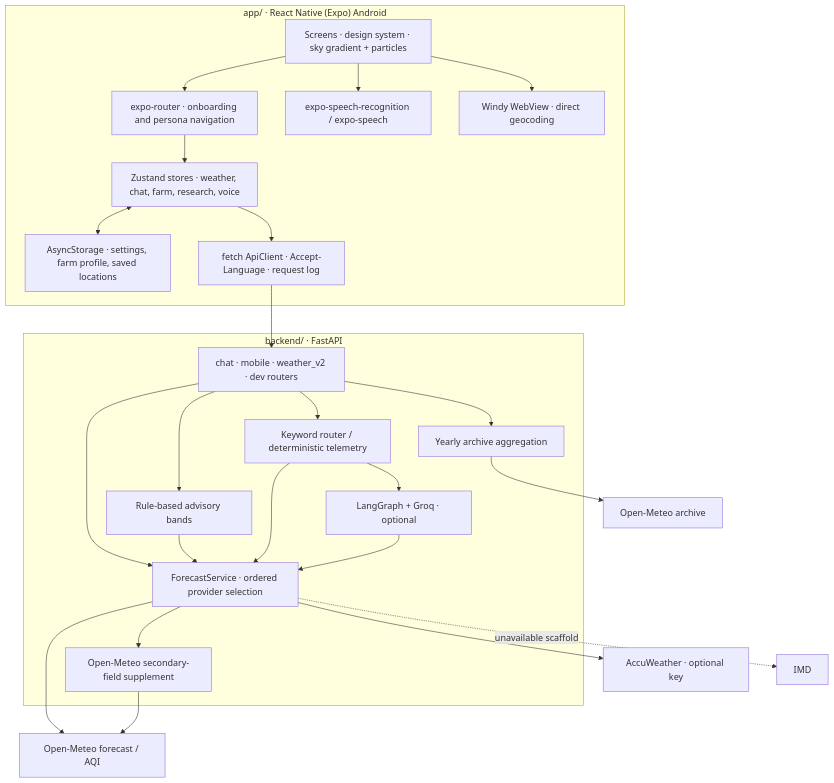
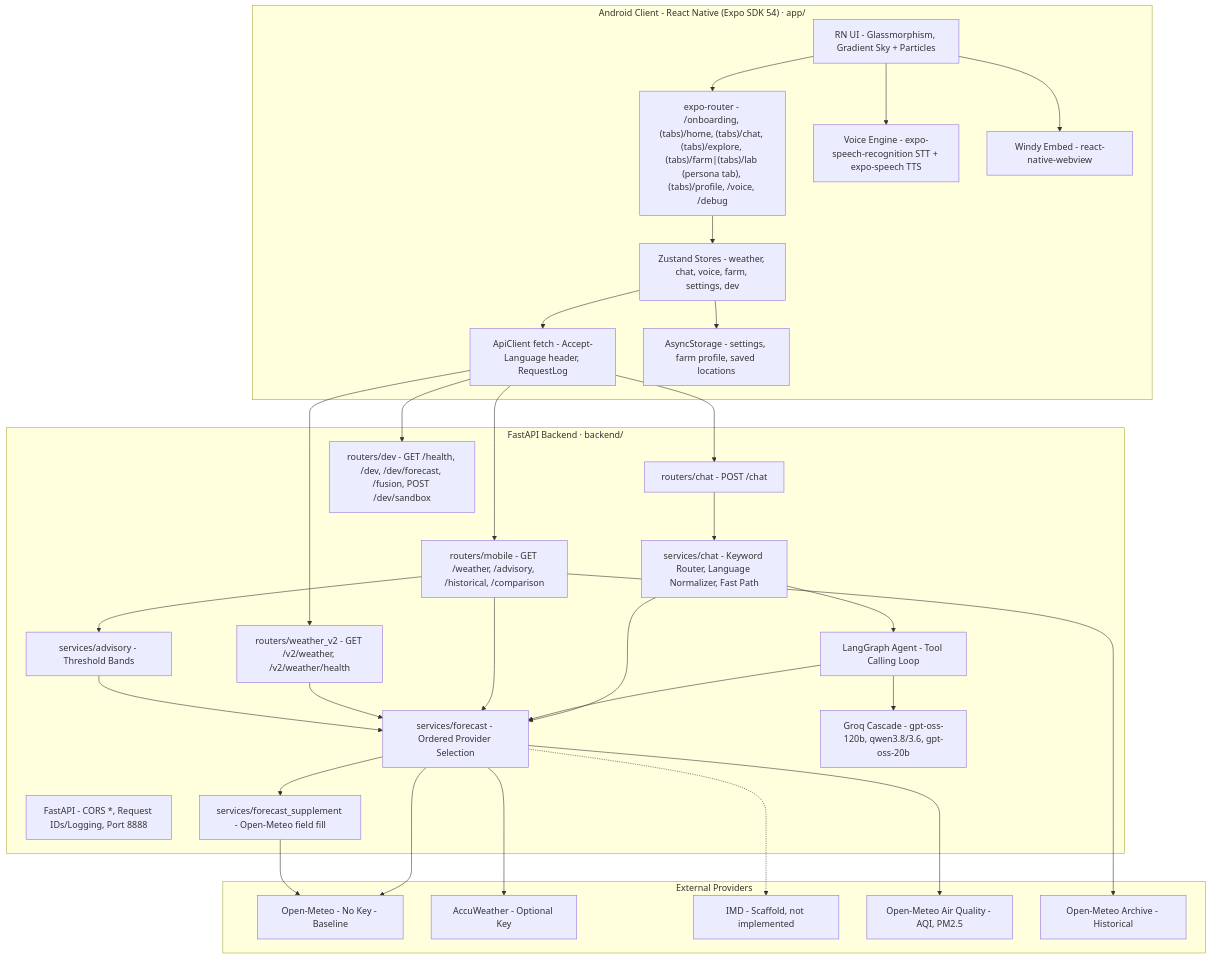
Before and after one commit to omsenjalia/weathergpt-android: the first of 7 diagrams in ARCHITECTURE.md, drawn with Mermaid. The commit also changed other lines of this file and 3 other files, not shown here.

````diff
--- a/ARCHITECTURE.md
+++ b/ARCHITECTURE.md
@@ -30,38 +66,64 @@
 ```mermaid
-flowchart TB
-  subgraph Android["app/ · React Native (Expo) Android"]
-    UI["Screens · design system · sky gradient + particles"]
-    Router["expo-router · onboarding and persona navigation"]
-    State["Zustand stores · weather, chat, farm, research, voice"]
-    Store["AsyncStorage · settings, farm profile, saved locations"]
-    HTTP["fetch ApiClient · Accept-Language · request log"]
-    Voice["expo-speech-recognition / expo-speech"]
-    External["Windy WebView · direct geocoding"]
-    UI --> Router --> State --> HTTP
-    State <--> Store
-    UI --> Voice
-    UI --> External
-  end
-  subgraph Backend["backend/ · FastAPI"]
-    Routes["chat · mobile · weather_v2 · dev routers"]
-    Select["ForecastService · ordered provider selection"]
-    Advisory["Rule-based advisory bands"]
-    Chat["Keyword router / deterministic telemetry"]
-    Agent["LangGraph + Groq · optional"]
-    Supplement["Open-Meteo secondary-field supplement"]
-    Archive["Yearly archive aggregation"]
-    Routes --> Select
-    Routes --> Advisory --> Select
-    Routes --> Chat --> Agent
-    Chat --> Select
-    Agent --> Select
-    Routes --> Archive
-    Select --> Supplement
-  end
-  HTTP --> Routes
-  Select --> OM["Open-Meteo forecast / AQI"]
-  Select --> AW["AccuWeather · optional key"]
-  Select -. "unavailable scaffold" .-> IMD["IMD"]
-  Supplement --> OM
-  Archive --> OMA["Open-Meteo archive"]
+graph TB
+    subgraph "Android Client - React Native (Expo SDK 54) · app/"
+        UI["RN UI - Glassmorphism, Gradient Sky + Particles"]
+        NAV["expo-router - /onboarding, (tabs)/home, (tabs)/chat, (tabs)/explore, (tabs)/farm|(tabs)/lab (persona tab), (tabs)/profile, /voice, /debug"]
+        STATE["Zustand Stores - weather, chat, voice, farm, settings, dev"]
+        CLIENT["ApiClient fetch - Accept-Language header, RequestLog"]
+        CACHE["AsyncStorage - settings, farm profile, saved locations"]
+        VOICE["Voice Engine - expo-speech-recognition STT + expo-speech TTS"]
+        WEBVIEW["Windy Embed - react-native-webview"]
+    end
+
+    subgraph "FastAPI Backend · backend/"
+        API["FastAPI - CORS *, Request IDs/Logging, Port 8888"]
+        RCHAT["routers/chat - POST /chat"]
+        RMOB["routers/mobile - GET /weather, /advisory, /historical, /comparison"]
+        RV2["routers/weather_v2 - GET /v2/weather, /v2/weather/health"]
+        RDEV["routers/dev - GET /health, /dev, /dev/forecast, /fusion, POST /dev/sandbox"]
+        CHATSVC["services/chat - Keyword Router, Language Normalizer, Fast Path"]
+        SELECT["services/forecast - Ordered Provider Selection"]
+        SUPP["services/forecast_supplement - Open-Meteo field fill"]
+        ADV["services/advisory - Threshold Bands"]
+        AGT["LangGraph Agent - Tool Calling Loop"]
+        LLM["Groq Cascade - gpt-oss-120b, qwen3.8/3.6, gpt-oss-20b"]
+    end
+
+    subgraph "External Providers"
+        OM["Open-Meteo - No Key - Baseline"]
+        AW["AccuWeather - Optional Key"]
+        IMD["IMD - Scaffold, not implemented"]
+        AQI["Open-Meteo Air Quality - AQI, PM2.5"]
+        OMA["Open-Meteo Archive - Historical"]
+    end
+
+    UI --> NAV
+    NAV --> STATE
+    STATE --> CLIENT
+    STATE --> CACHE
+    UI --> VOICE
+    UI --> WEBVIEW
+
+    CLIENT --> RMOB
+    CLIENT --> RV2
+    CLIENT --> RCHAT
+    CLIENT --> RDEV
+
+    RCHAT --> CHATSVC
+    CHATSVC --> SELECT
+    CHATSVC --> AGT
+    AGT --> LLM
+    AGT --> SELECT
+    RMOB --> SELECT
+    RV2 --> SELECT
+    RMOB --> ADV
+    ADV --> SELECT
+    SELECT --> SUPP
+
+    SELECT -.-> IMD
+    SELECT --> AW
+    SELECT --> OM
+    SUPP --> OM
+    SELECT --> AQI
+    RMOB --> OMA
 ```
````
